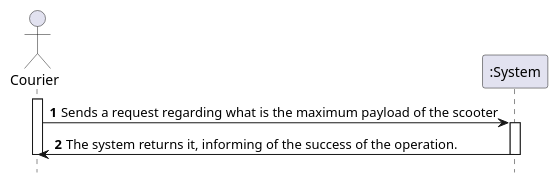
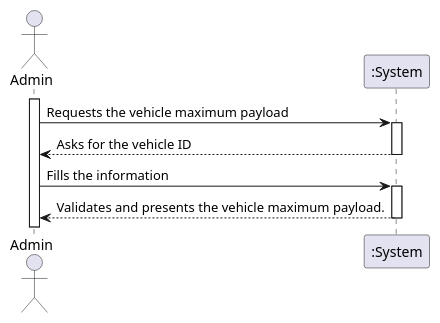
Before and after one commit to tiagoavcosta25/LAPR3: the diagram in docs/Iteration 3/Delivery Management/Refinement/US55_MaxPayload/US55_SSD.puml, drawn with PlantUML. The commit also changed other lines of this file and 72 other files, not shown here.

Commit message:
LAPR2AP2-All issues #fixing Readme (Report) and some bug fixing in all diagrams. [Design]

```diff
--- a/docs/Iteration 3/Delivery Management/Refinement/US55_MaxPayload/US55_SSD.puml
+++ b/docs/Iteration 3/Delivery Management/Refinement/US55_MaxPayload/US55_SSD.puml
@@ -1,14 +1,17 @@
 @startuml
-autonumber
-hide footbox
-actor "Courier" as COUR
+actor "Admin" as ADMIN
+
 participant ":System" as SYST
 
-activate COUR
-COUR -> SYST : Sends a request regarding what is the maximum payload of the scooter
+activate ADMIN
+ADMIN -> SYST : Requests the vehicle maximum payload
 activate SYST
-SYST -> COUR : The system returns it, informing of the success of the operation.
+SYST --> ADMIN : Asks for the vehicle ID
 deactivate SYST
-deactivate COUR
 
+ADMIN -> SYST : Fills the information
+activate SYST
+
+SYST --> ADMIN : Validates and presents the vehicle maximum payload.
+deactivate SYST
 @enduml
```
